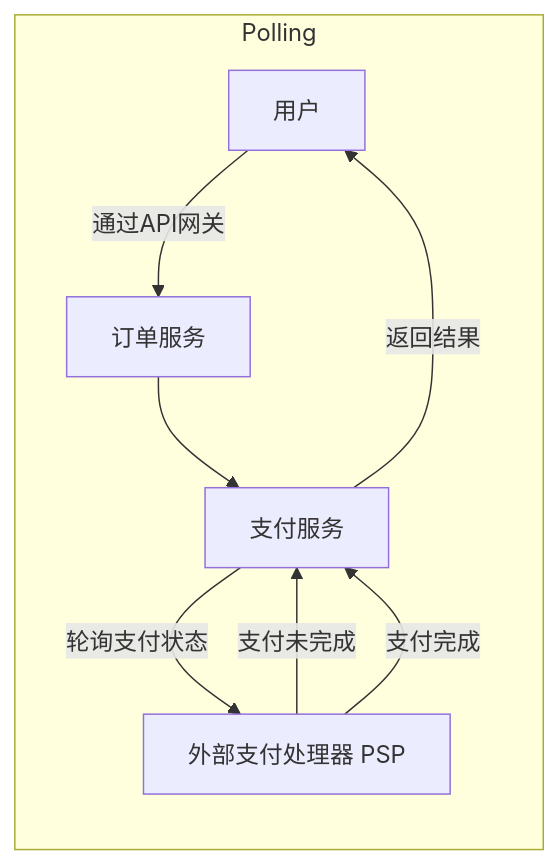
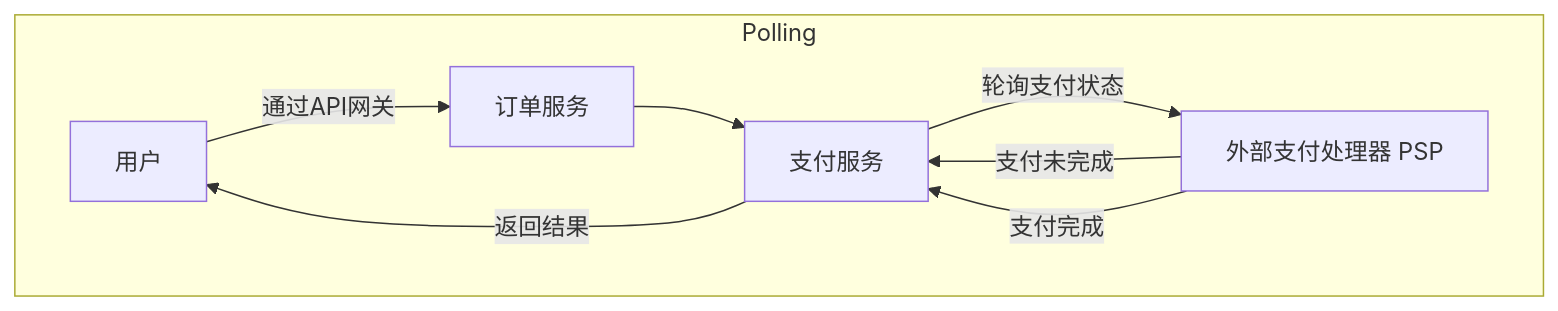
Before and after one commit to uwspstar/20-Day-Challenge-List: the second of 2 diagrams in System Design/Polling vs Webhook.md, drawn with Mermaid. The commit also changed other lines of this file, not shown here.

Commit message:
Update Polling vs Webhook.md

````diff
--- a/System Design/Polling vs Webhook.md
+++ b/System Design/Polling vs Webhook.md
@@ -18,11 +18,11 @@
 ```mermaid
-graph LR
+graph TD
     subgraph Polling
         B1[用户] -->|通过API网关| B2[订单服务]
         B2 --> B3[支付服务]
         B3 -->|轮询支付状态| B4[外部支付处理器 PSP]
         B4 -->|支付未完成| B3
         B4 -->|支付完成| B3
         B3 -->|返回结果| B1
     end
 ```
````
